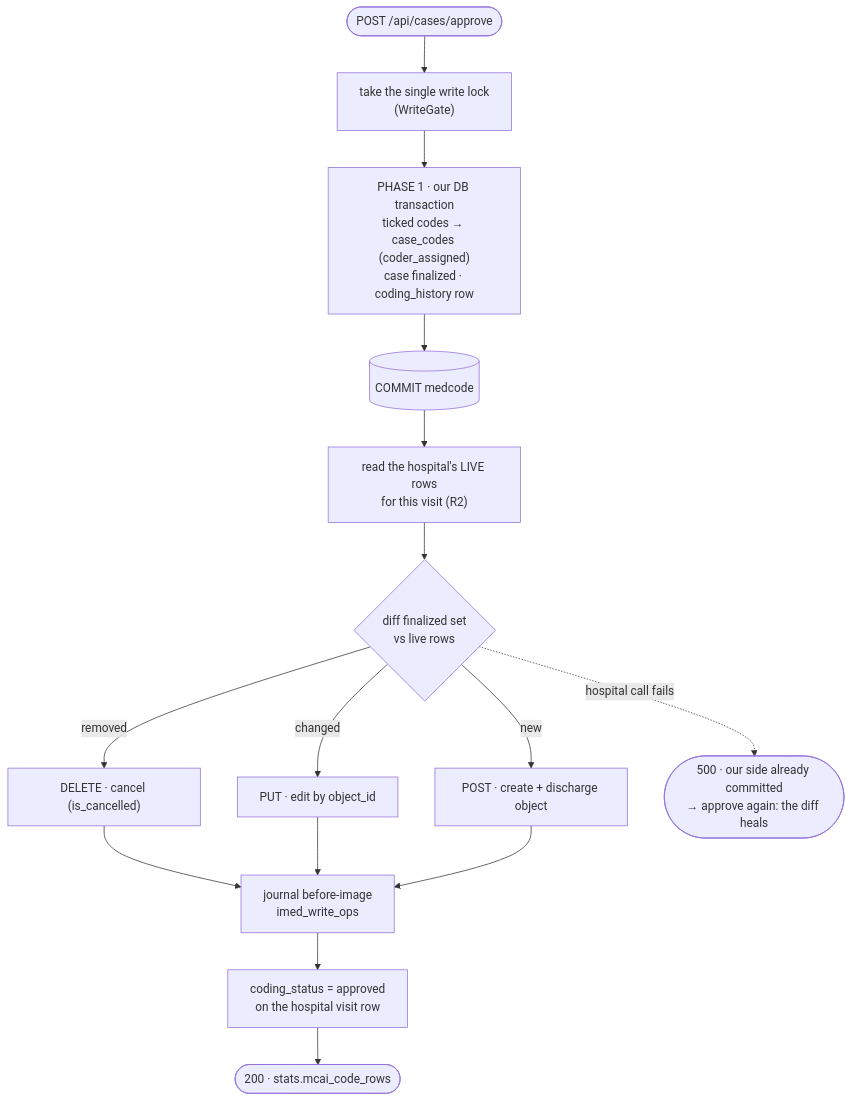
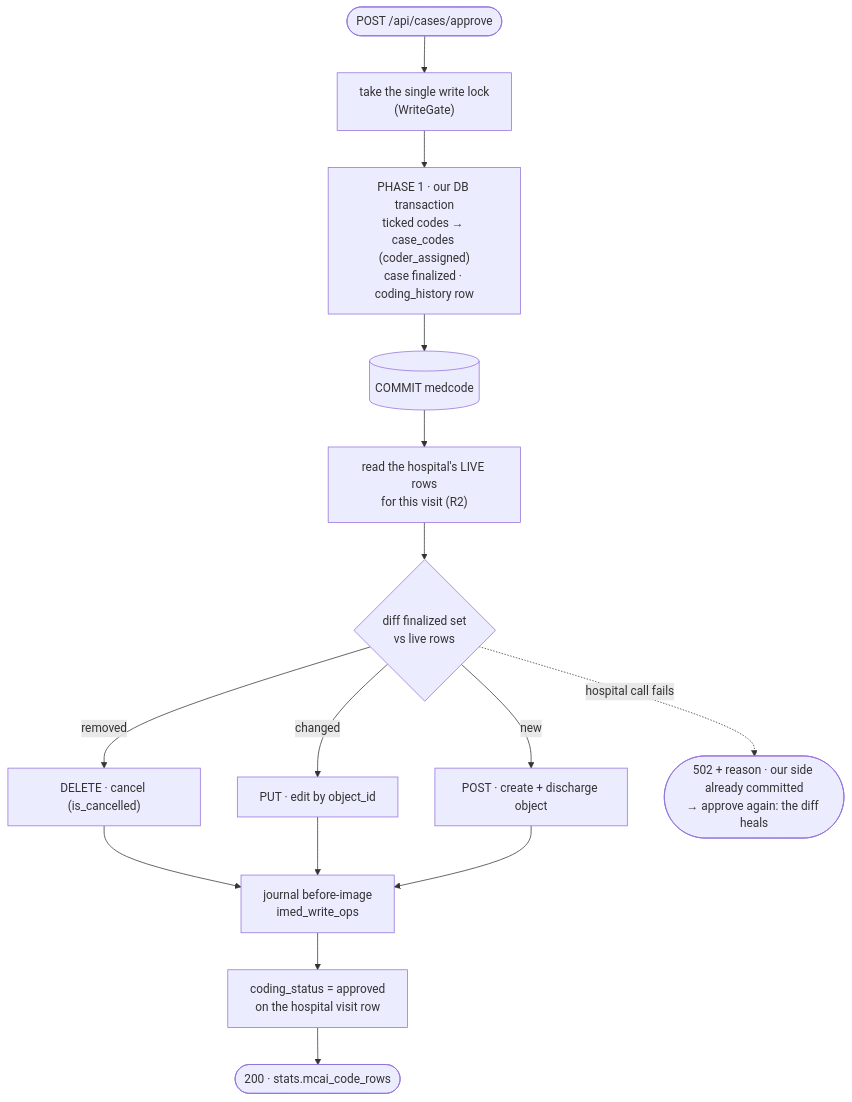
One commit to suvarna-stack/cura-ai changed the third of 5 diagrams in docs/architecture.md. Above: the diagram before and after it, drawn with Mermaid. The commit also changed other lines of this file and 19 other files, not shown here.

````diff
--- a/docs/architecture.md
+++ b/docs/architecture.md
@@ -143,17 +143,17 @@
 ```mermaid
 flowchart TD
   start(["POST /api/cases/approve"]) --> lock["take the single write lock<br/>(WriteGate)"]
   lock --> p1["PHASE 1 · our DB transaction<br/>ticked codes → case_codes (coder_assigned)<br/>case finalized · coding_history row"]
   p1 --> commit[("COMMIT medcode")]
   commit --> live["read the hospital's LIVE rows<br/>for this visit (R2)"]
   live --> diff{"diff finalized set<br/>vs live rows"}
   diff -->|removed| del["DELETE · cancel (is_cancelled)"]
   diff -->|changed| put["PUT · edit by object_id"]
   diff -->|new| post["POST · create + discharge object"]
   del --> j["journal before-image<br/>imed_write_ops"]
   put --> j
   post --> j
   j --> status["coding_status = approved<br/>on the hospital visit row"]
   status --> done(["200 · stats.mcai_code_rows"])
-  diff -.->|hospital call fails| err(["500 · our side already committed<br/>→ approve again: the diff heals"])
+  diff -.->|hospital call fails| err(["502 + reason · our side already committed<br/>→ approve again: the diff heals"])
 ```
````
